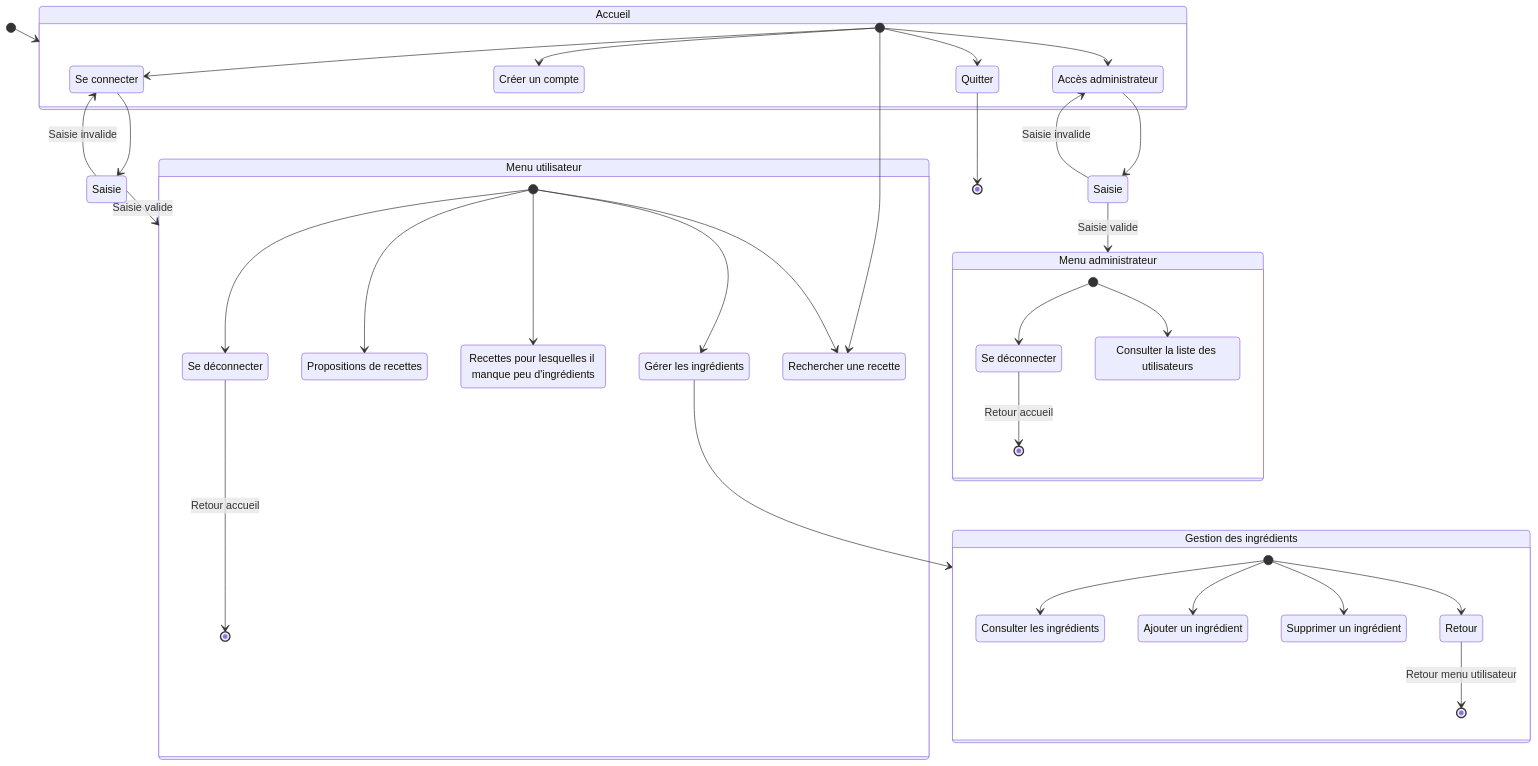
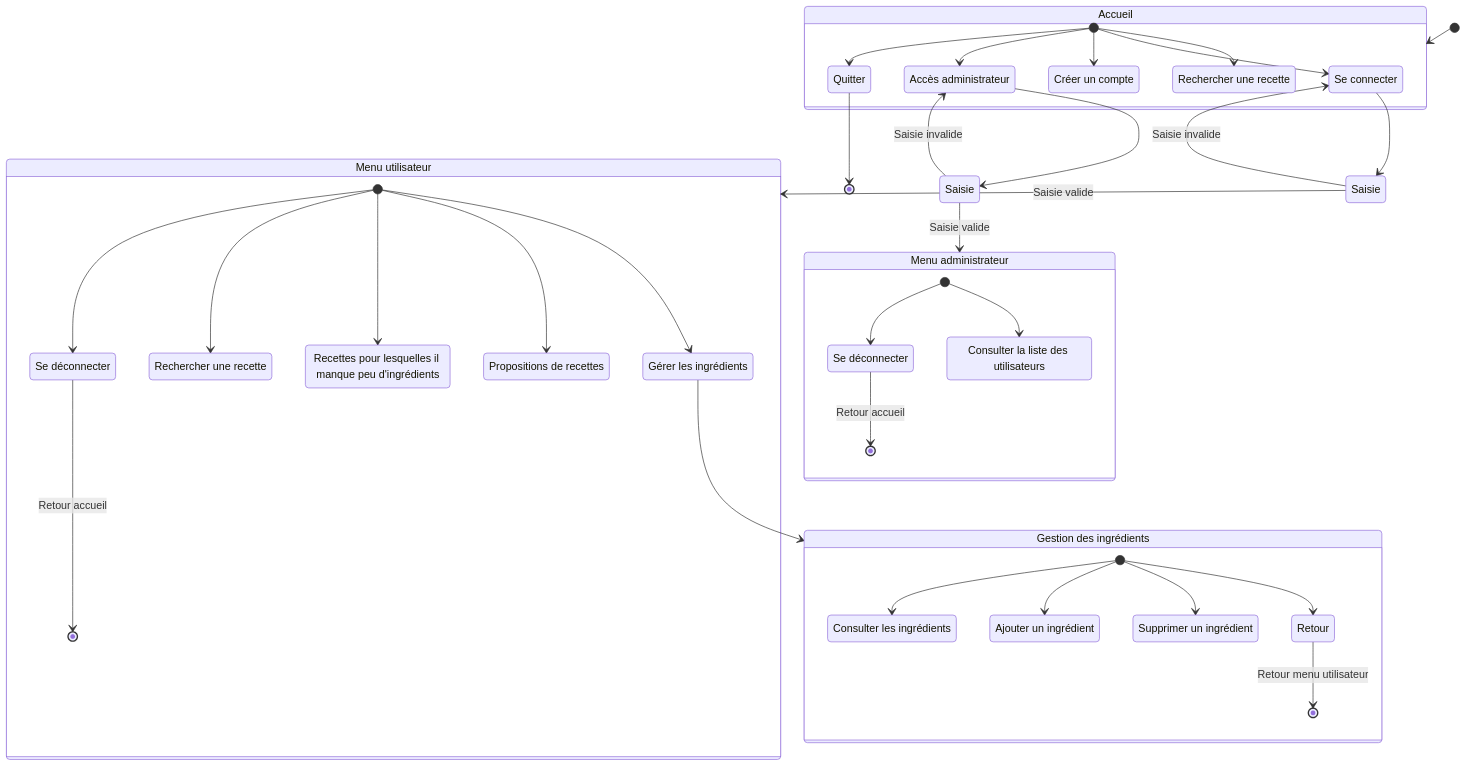
The second of 8 diagrams in doc/diag_activites.md (bbrunel/ENSAI-2A-projet-info), drawn with Mermaid before and after one commit.

Commit message:
diag act correction recherche

````diff
--- a/doc/diag_activites.md
+++ b/doc/diag_activites.md
@@ -88,67 +88,68 @@
 ```mermaid
 stateDiagram
     login : Se connecter
     menu_utilisateur : Menu utilisateur
     menu_ingr : Gestion des ingrédients
     logon : Créer un compte
     gerer_ingr : Gérer les ingrédients
     Consulter_les_ingrédients : Consulter les ingrédients
     Ajouter_un_ingrédient : Ajouter un ingrédient
     Supprimer_un_ingrédient : Supprimer un ingrédient
     recettes : Propositions de recettes
     rec_ingr_manquant : Recettes pour lesquelles il manque peu d'ingrédients
     logout : Se déconnecter
     admin : Accès administrateur
     admin_out : Se déconnecter
     list_utilisateurs : Consulter la liste des utilisateurs
     menu_admin : Menu administrateur
     Saisie_a : Saisie
     Saisie_u : Saisie
-    Rechercher : Rechercher une recette
+    Rechercher_a : Rechercher une recette
+    Rechercher_u : Rechercher une recette
     
     [*] --> Accueil
 
     state Accueil {
-      [*] --> Rechercher
+      [*] --> Rechercher_a
       [*] --> login
       [*] --> logon
       [*] --> admin
       [*] --> Quitter
     }
 
     login --> Saisie_u
     Saisie_u --> menu_utilisateur: Saisie valide
     Saisie_u --> login: Saisie invalide
 
     admin --> Saisie_a
     Saisie_a --> menu_admin: Saisie valide
     Saisie_a --> admin: Saisie invalide
 
     Quitter --> [*]
 
     state menu_admin {
       [*] --> list_utilisateurs
       [*] --> admin_out
       admin_out --> [*]: Retour accueil
     }
     
     state menu_utilisateur {
     	[*] --> gerer_ingr
       [*] --> recettes
       [*] --> rec_ingr_manquant
-      [*] --> Rechercher
+      [*] --> Rechercher_u
     	[*] --> logout
       logout --> [*]:Retour accueil
     }
 
     gerer_ingr --> menu_ingr
 
     state menu_ingr {
       [*] --> Consulter_les_ingrédients
       [*] --> Ajouter_un_ingrédient
       [*] --> Supprimer_un_ingrédient
       [*] --> Retour
       Retour --> [*]: Retour menu utilisateur
         
     }
 ```
````
